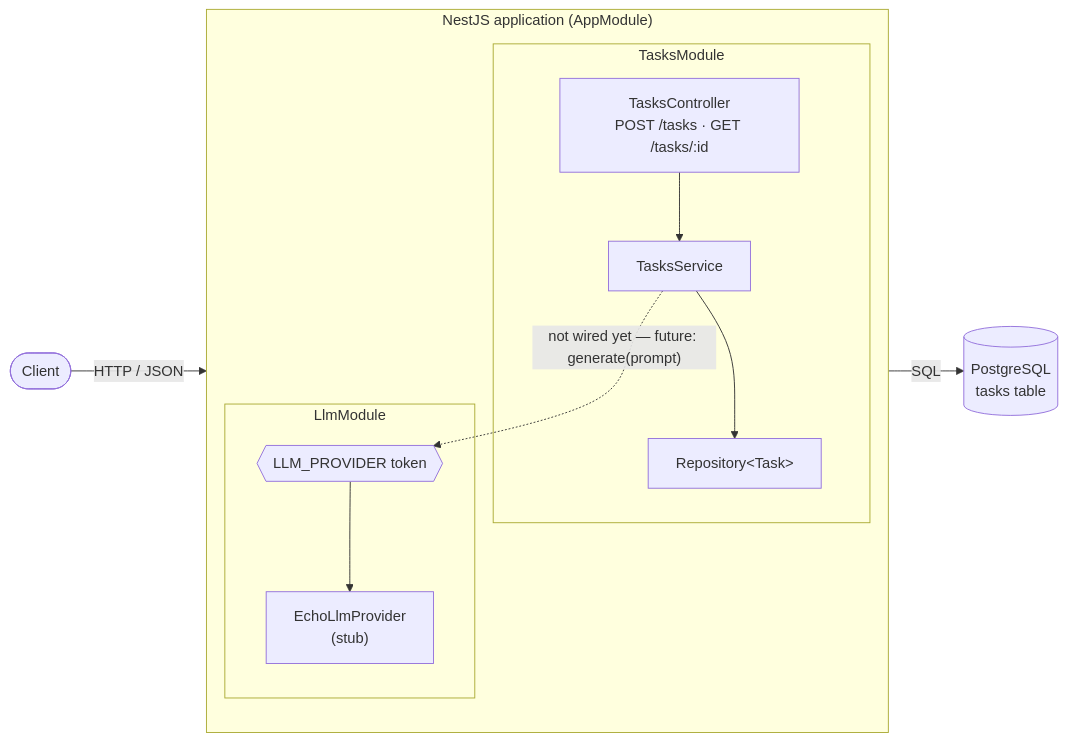
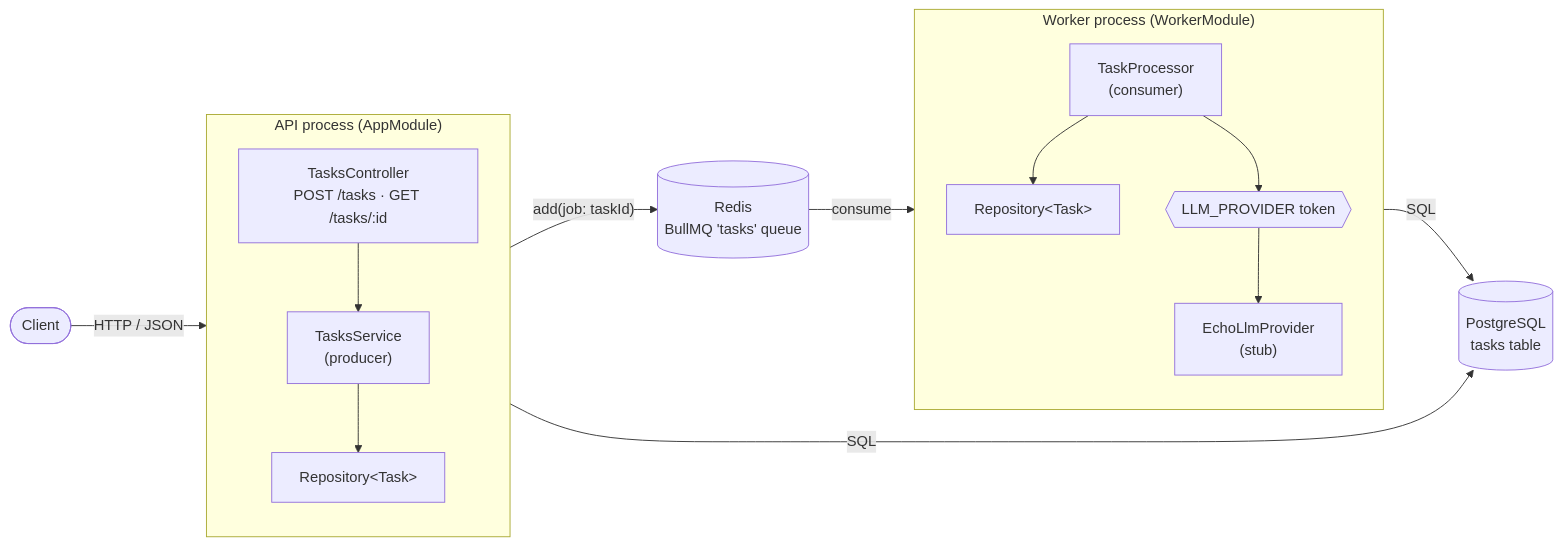
One commit to AnaMuraya/conveyor changed the first of 5 diagrams in docs/architecture.md. Above: the diagram before and after it, drawn with Mermaid. The commit also changed other lines of this file and 33 other files, not shown here.

````diff
--- a/docs/architecture.md
+++ b/docs/architecture.md
@@ -21,27 +25,31 @@
 ```mermaid
 flowchart LR
   Client([Client])
 
-  subgraph App["NestJS application (AppModule)"]
+  subgraph API["API process (AppModule)"]
     direction TB
-
-    subgraph Tasks["TasksModule"]
-      TC["TasksController<br/>POST /tasks · GET /tasks/:id"]
-      TS["TasksService"]
-      Repo["Repository&lt;Task&gt;"]
-      TC --> TS --> Repo
-    end
-
-    subgraph Llm["LlmModule"]
-      Token{{"LLM_PROVIDER token"}}
-      Echo["EchoLlmProvider<br/>(stub)"]
-      Token --> Echo
-    end
+    TC["TasksController<br/>POST /tasks · GET /tasks/:id"]
+    TS["TasksService<br/>(producer)"]
+    Repo1["Repository&lt;Task&gt;"]
+    TC --> TS --> Repo1
   end
 
+  subgraph Worker["Worker process (WorkerModule)"]
+    direction TB
+    TP["TaskProcessor<br/>(consumer)"]
+    Repo2["Repository&lt;Task&gt;"]
+    Token{{"LLM_PROVIDER token"}}
+    Echo["EchoLlmProvider<br/>(stub)"]
+    TP --> Repo2
+    TP --> Token --> Echo
+  end
+
+  Q[("Redis<br/>BullMQ 'tasks' queue")]
   DB[("PostgreSQL<br/>tasks table")]
 
   Client -->|HTTP / JSON| TC
-  Repo -->|SQL| DB
-  TS -. "not wired yet — future: generate(prompt)" .-> Token
+  TS -->|"add(job: taskId)"| Q
+  Q -->|consume| TP
+  Repo1 -->|SQL| DB
+  Repo2 -->|SQL| DB
 ```
````
